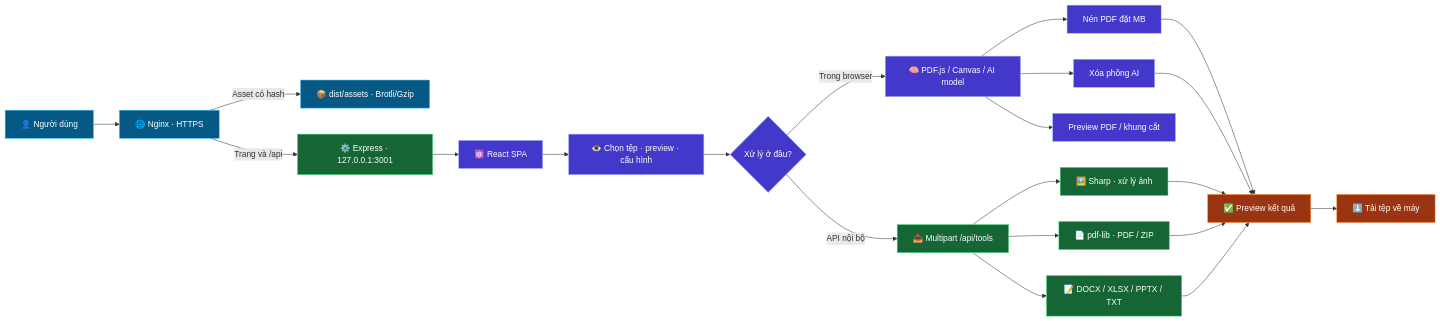
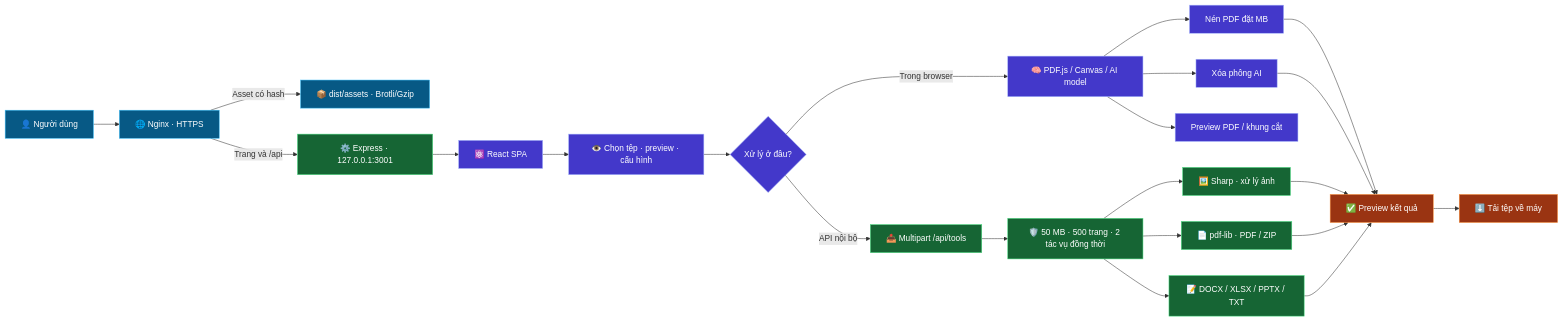
Before and after one commit to phamcongdanh98/Web-tool-ALL: the first of 4 diagrams in DIAGRAMS.md, drawn with Mermaid. The commit also changed other lines of this file and 10 other files, not shown here.

````diff
--- a/DIAGRAMS.md
+++ b/DIAGRAMS.md
@@ -7,36 +7,37 @@
 ```mermaid
 flowchart LR
     U["👤 Người dùng"] --> N["🌐 Nginx · HTTPS"]
     N -->|"Asset có hash"| S["📦 dist/assets · Brotli/Gzip"]
     N -->|"Trang và /api"| E["⚙️ Express · 127.0.0.1:3001"]
     E --> R["⚛️ React SPA"]
     R --> P["👁️ Chọn tệp · preview · cấu hình"]
 
     P --> C{"Xử lý ở đâu?"}
     C -->|"Trong browser"| B["🧠 PDF.js / Canvas / AI model"]
     C -->|"API nội bộ"| A["📤 Multipart /api/tools"]
 
     B --> B1["Nén PDF đặt MB"]
     B --> B2["Xóa phông AI"]
     B --> B3["Preview PDF / khung cắt"]
 
-    A --> I["🖼️ Sharp · xử lý ảnh"]
-    A --> D["📄 pdf-lib · PDF / ZIP"]
-    A --> O["📝 DOCX / XLSX / PPTX / TXT"]
+    A --> G["🛡️ 50 MB · 500 trang · 2 tác vụ đồng thời"]
+    G --> I["🖼️ Sharp · xử lý ảnh"]
+    G --> D["📄 pdf-lib · PDF / ZIP"]
+    G --> O["📝 DOCX / XLSX / PPTX / TXT"]
 
     B1 --> X["✅ Preview kết quả"]
     B2 --> X
     I --> X
     D --> X
     O --> X
     X --> T["⬇️ Tải tệp về máy"]
 
     classDef edge fill:#075985,stroke:#38bdf8,color:#fff;
     classDef browser fill:#4338ca,stroke:#a5b4fc,color:#fff;
     classDef server fill:#166534,stroke:#4ade80,color:#fff;
     classDef result fill:#9a3412,stroke:#fb923c,color:#fff;
     class U,N,S edge;
     class R,P,C,B,B1,B2,B3 browser;
-    class E,A,I,D,O server;
+    class E,A,G,I,D,O server;
     class X,T result;
 ```
````
